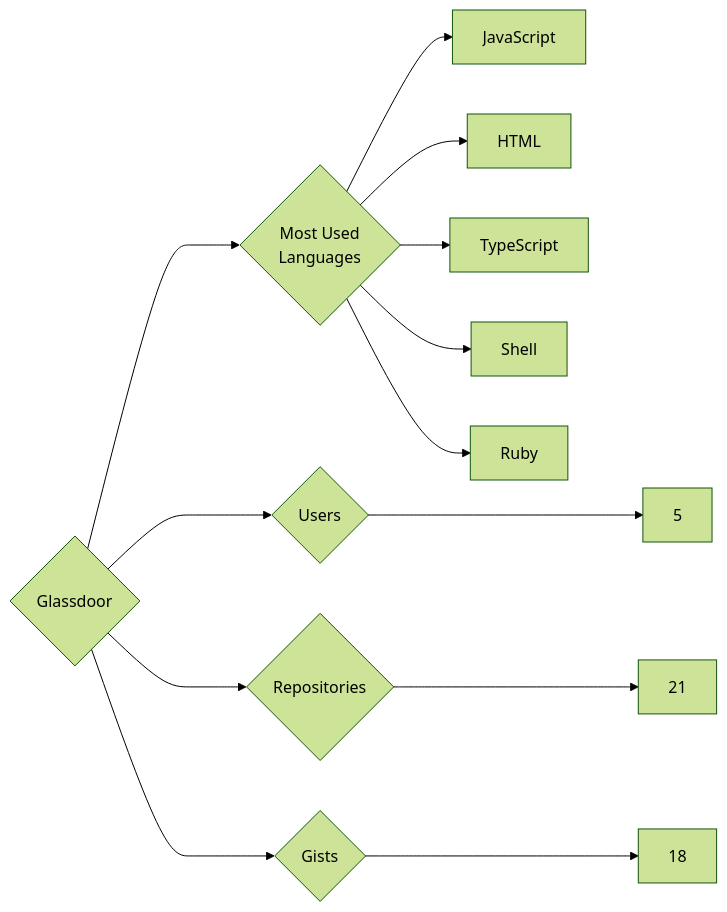
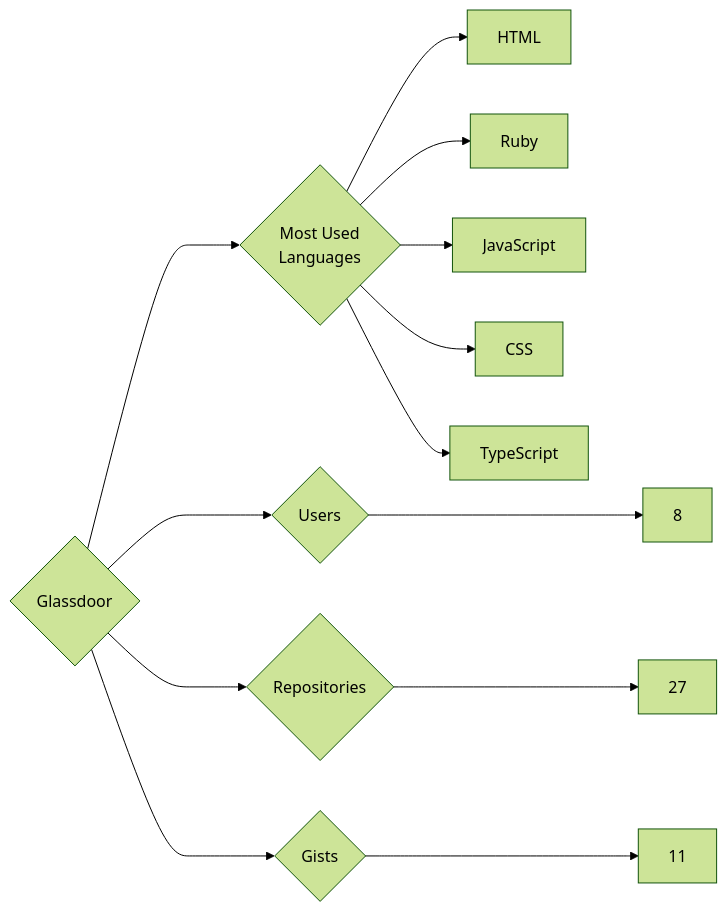
The diagram in targets/Glassdoor/README.md (trickest/insiders), drawn with Mermaid (forest theme) before and after one commit. The commit also changed 783 other files, not shown here.

````diff
--- a/targets/Glassdoor/README.md
+++ b/targets/Glassdoor/README.md
@@ -3,13 +3,13 @@
 ```mermaid
 graph LR
 COMPANY_NAME{Glassdoor}
-COMPANY_NAME ---> U{Users} ---> UN[5]
-COMPANY_NAME ---> R{Repositories} ---> RN[21]
-COMPANY_NAME ---> G{Gists} ---> GN[18]
+COMPANY_NAME ---> U{Users} ---> UN[8]
+COMPANY_NAME ---> R{Repositories} ---> RN[27]
+COMPANY_NAME ---> G{Gists} ---> GN[11]
 COMPANY_NAME ---> ML{Most Used<br>Languages}
+ML --> HTML[HTML]
+ML --> Ruby[Ruby]
 ML --> JavaScript[JavaScript]
-ML --> HTML[HTML]
+ML --> CSS[CSS]
 ML --> TypeScript[TypeScript]
-ML --> Shell[Shell]
-ML --> Ruby[Ruby]
 ```
````
